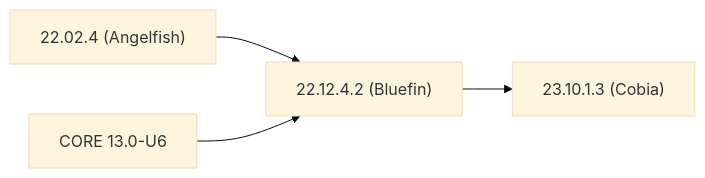
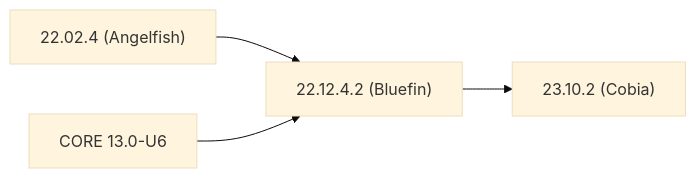
Before and after one commit to truenas/documentation: the first of 2 diagrams in content/GettingStarted/SCALEReleaseNotes.md, drawn with Mermaid (base theme). The commit also changed other lines of this file, not shown here.

```diff
--- a/content/GettingStarted/SCALEReleaseNotes.md
+++ b/content/GettingStarted/SCALEReleaseNotes.md
@@ -125,8 +125,8 @@
 {{< mermaid class="mermaid_sizing" >}}
 flowchart LR
 
 A["22.02.4 (Angelfish)"] --> C
 B[CORE 13.0-U6] --> C
 C["22.12.4.2 (Bluefin)"] --> D
-D["23.10.1.3 (Cobia)"]
+D["23.10.2 (Cobia)"]
 {{< /mermaid >}}
```
